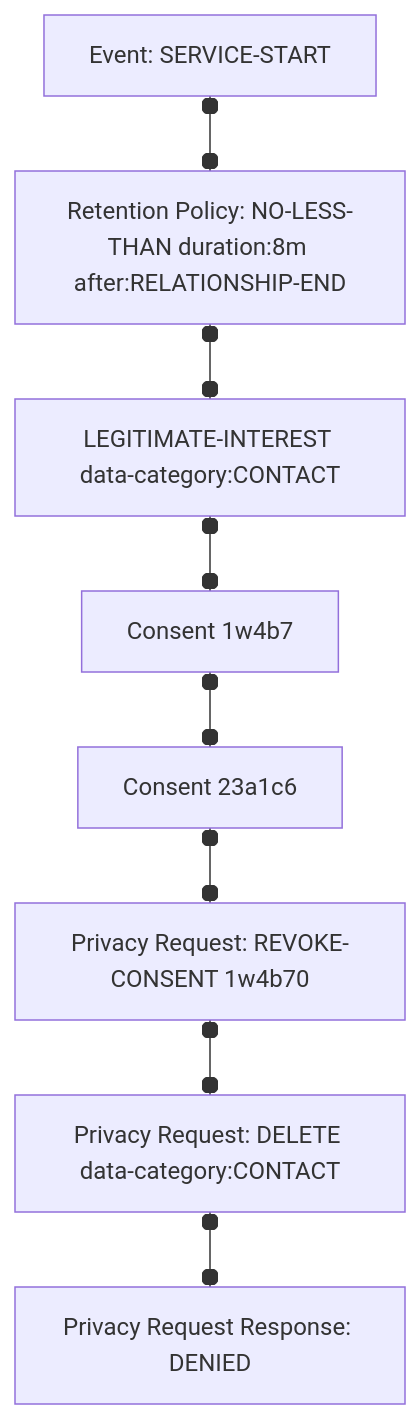
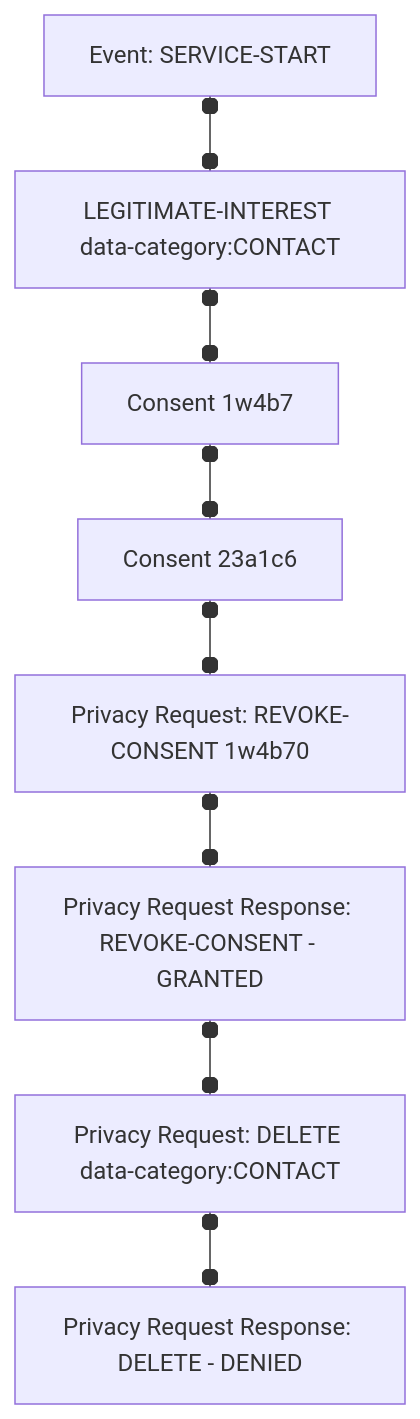
The diagram in refs/schemas/priv/expected-behavior.md (blindnet-io/product-management), drawn with Mermaid before and after one commit. The commit also changed other lines of this file and 1 other file, not shown here.

````diff
--- a/refs/schemas/priv/expected-behavior.md
+++ b/refs/schemas/priv/expected-behavior.md
@@ -49,5 +49,4 @@
 ```mermaid
 flowchart TD
-        A[Event: SERVICE-START] o--o B[Retention Policy: NO-LESS-THAN duration:8m after:RELATIONSHIP-END] o--o C[LEGITIMATE-INTEREST data-category:CONTACT] o--o D[Consent 1w4b7] o--o E[Consent 23a1c6] o--o F[Privacy Request: REVOKE-CONSENT 1w4b70] o--o G[Privacy Request: DELETE data-category:CONTACT] o--o H[Privacy Request Response: DENIED]
-
+        A[Event: SERVICE-START] o--o B[LEGITIMATE-INTEREST data-category:CONTACT] o--o C[Consent 1w4b7] o--o D[Consent 23a1c6] o--o E[Privacy Request: REVOKE-CONSENT 1w4b70] o--o F[Privacy Request Response: REVOKE-CONSENT - GRANTED] o--o G[Privacy Request: DELETE data-category:CONTACT] o--o H[Privacy Request Response: DELETE - DENIED]
 ```
````
